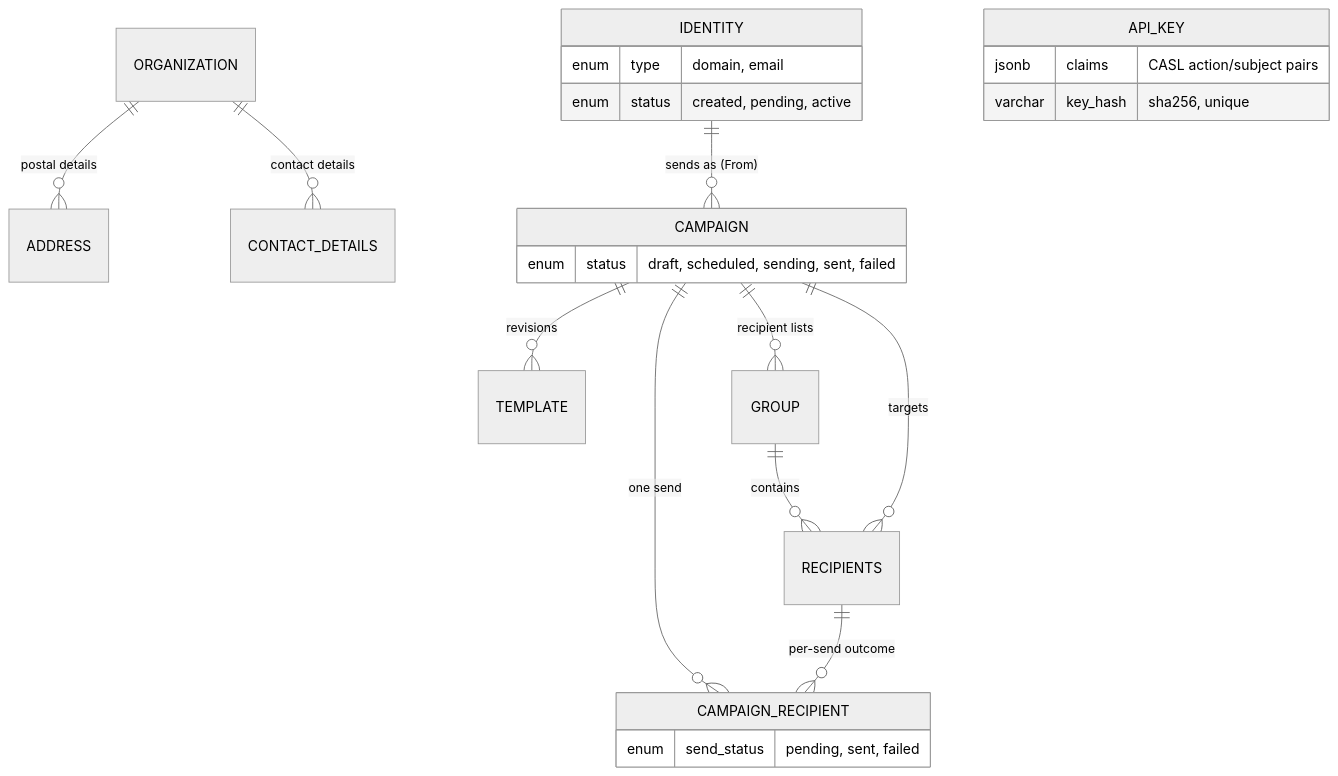
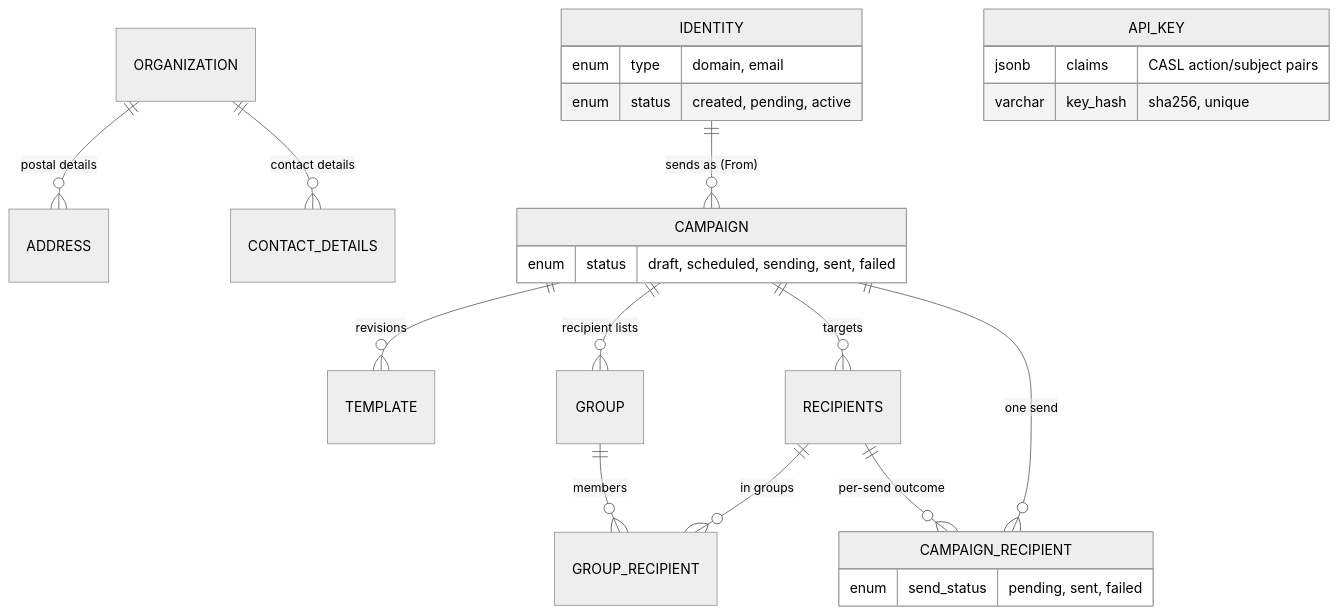
The fourth of 6 diagrams in bun/api/docs/ARCHITECTURE.md (Abhinav5050649/mail-rocket), drawn with Mermaid (neutral theme) before and after one commit. The commit also changed other lines of this file and 38 other files, not shown here.

First line of the commit message:
feat: recipients can be in multiple groups

````diff
--- a/bun/api/docs/ARCHITECTURE.md
+++ b/bun/api/docs/ARCHITECTURE.md
@@ -139,27 +139,28 @@
 ```mermaid
 erDiagram
     ORGANIZATION ||--o{ ADDRESS : "postal details"
     ORGANIZATION ||--o{ CONTACT_DETAILS : "contact details"
     IDENTITY ||--o{ CAMPAIGN : "sends as (From)"
     CAMPAIGN ||--o{ TEMPLATE : revisions
     CAMPAIGN ||--o{ GROUP : "recipient lists"
-    GROUP ||--o{ RECIPIENTS : contains
+    GROUP ||--o{ GROUP_RECIPIENT : members
+    RECIPIENTS ||--o{ GROUP_RECIPIENT : "in groups"
     CAMPAIGN ||--o{ RECIPIENTS : targets
     CAMPAIGN ||--o{ CAMPAIGN_RECIPIENT : "one send"
     RECIPIENTS ||--o{ CAMPAIGN_RECIPIENT : "per-send outcome"
 
     API_KEY {
         jsonb claims "CASL action/subject pairs"
         varchar key_hash "sha256, unique"
     }
     IDENTITY {
         enum type "domain, email"
         enum status "created, pending, active"
     }
     CAMPAIGN {
         enum status "draft, scheduled, sending, sent, failed"
     }
     CAMPAIGN_RECIPIENT {
         enum send_status "pending, sent, failed"
     }
 ```
````
